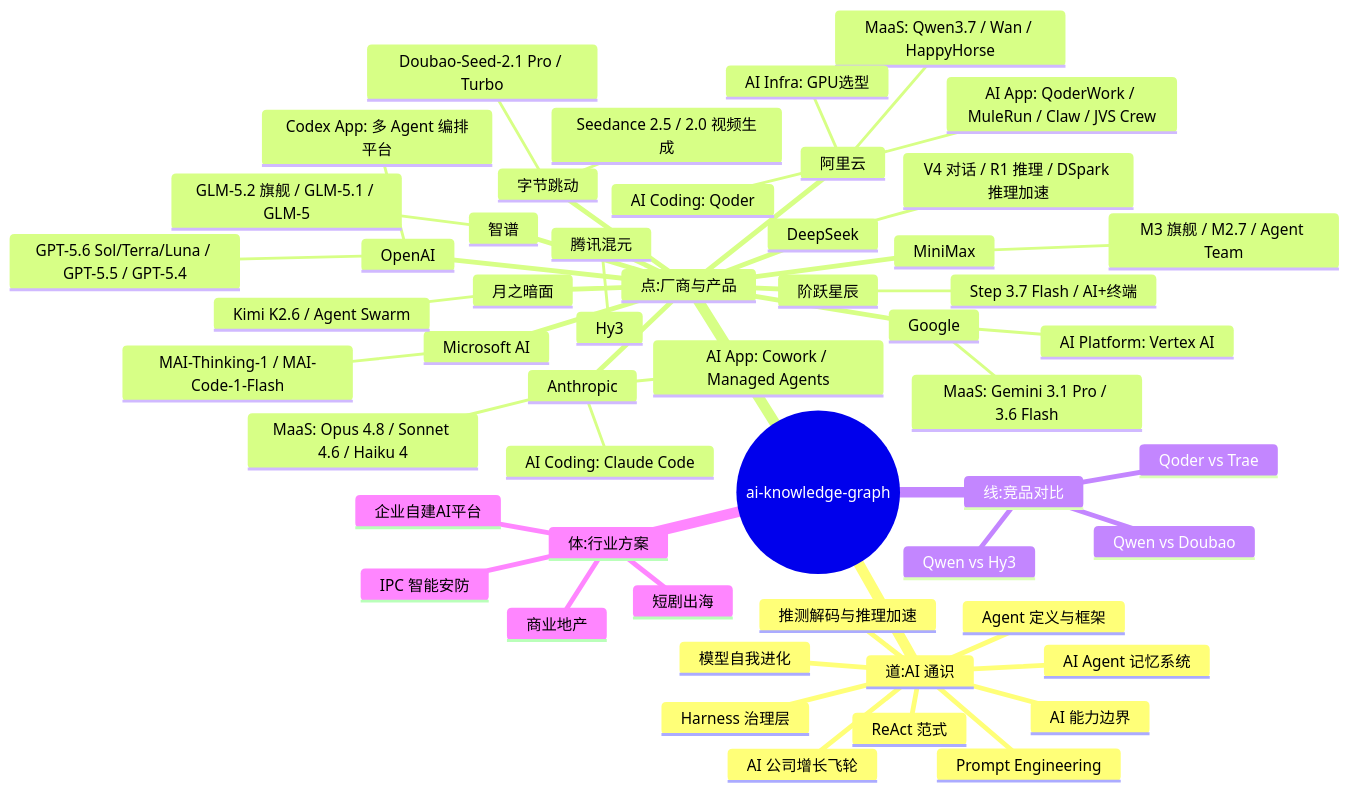
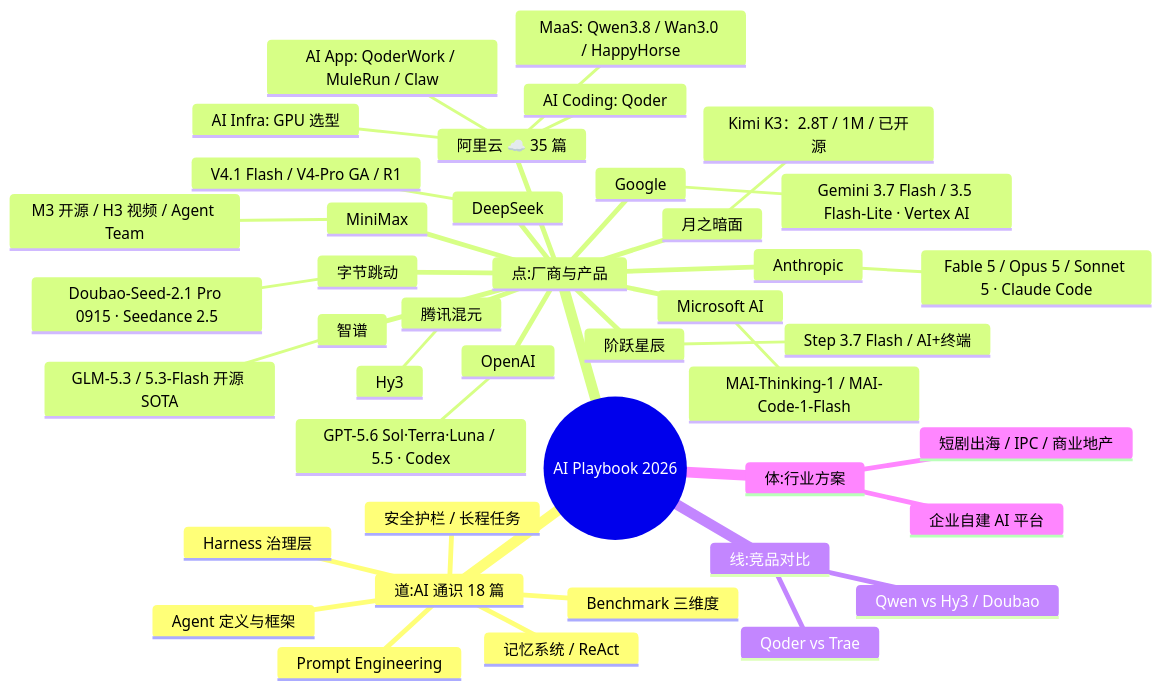
Before and after one commit to EthanNiWorld/ai-playbook-2026: the first of 2 diagrams in README.md, drawn with Mermaid. The commit also changed other lines of this file and 31 other files, not shown here.

````diff
--- a/README.md
+++ b/README.md
@@ -142,56 +148,45 @@
 ```mermaid
 mindmap
-  root((ai-knowledge-graph))
-    道:AI 通识
+  root((AI Playbook 2026))
+    道:AI 通识 18 篇
       Agent 定义与框架
       Harness 治理层
       Prompt Engineering
-      AI 能力边界
-      模型自我进化
-      AI Agent 记忆系统
-      ReAct 范式
-      AI 公司增长飞轮
-      推测解码与推理加速
+      Benchmark 三维度
+      记忆系统 / ReAct
+      安全护栏 / 长程任务
     点:厂商与产品
-      阿里云
-        MaaS: Qwen3.7 / Wan / HappyHorse
+      阿里云 ☁️ 35 篇
+        MaaS: Qwen3.8 / Wan3.0 / HappyHorse
         AI Coding: Qoder
-        AI App: QoderWork / MuleRun / Claw / JVS Crew
-        AI Infra: GPU选型
+        AI App: QoderWork / MuleRun / Claw
+        AI Infra: GPU 选型
+      Anthropic
+        Fable 5 / Opus 5 / Sonnet 5 · Claude Code
+      OpenAI
+        GPT-5.6 Sol·Terra·Luna / 5.5 · Codex
       Google
-        MaaS: Gemini 3.1 Pro / 3.6 Flash
-        AI Platform: Vertex AI
-      Anthropic
-        MaaS: Opus 4.8 / Sonnet 4.6 / Haiku 4
-        AI Coding: Claude Code
-        AI App: Cowork / Managed Agents
-      MiniMax
-        M3 旗舰 / M2.7 / Agent Team
-      DeepSeek
-        V4 对话 / R1 推理 / DSpark 推理加速
-      OpenAI
-        GPT-5.6 Sol/Terra/Luna / GPT-5.5 / GPT-5.4
-        Codex App: 多 Agent 编排平台
+        Gemini 3.7 Flash / 3.5 Flash-Lite · Vertex AI
       Microsoft AI
         MAI-Thinking-1 / MAI-Code-1-Flash
+      DeepSeek
+        V4.1 Flash / V4-Pro GA / R1
       智谱
-        GLM-5.2 旗舰 / GLM-5.1 / GLM-5
+        GLM-5.3 / 5.3-Flash 开源 SOTA
       月之暗面
-        Kimi K2.6 / Agent Swarm
+        Kimi K3：2.8T / 1M / 已开源
+      MiniMax
+        M3 开源 / H3 视频 / Agent Team
       字节跳动
-        Doubao-Seed-2.1 Pro / Turbo
-        Seedance 2.5 / 2.0 视频生成
+        Doubao-Seed-2.1 Pro 0915 · Seedance 2.5
       腾讯混元
         Hy3
       阶跃星辰
         Step 3.7 Flash / AI+终端
     线:竞品对比
       Qoder vs Trae
-      Qwen vs Hy3
-      Qwen vs Doubao
+      Qwen vs Hy3 / Doubao
     体:行业方案
-      IPC 智能安防
-      短剧出海
-      商业地产
-      企业自建AI平台
+      企业自建 AI 平台
+      短剧出海 / IPC / 商业地产
 ```
````
